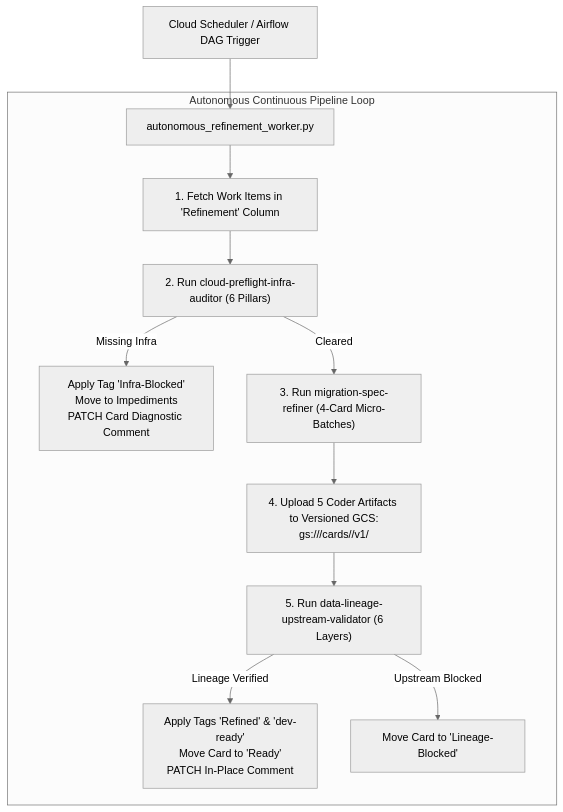
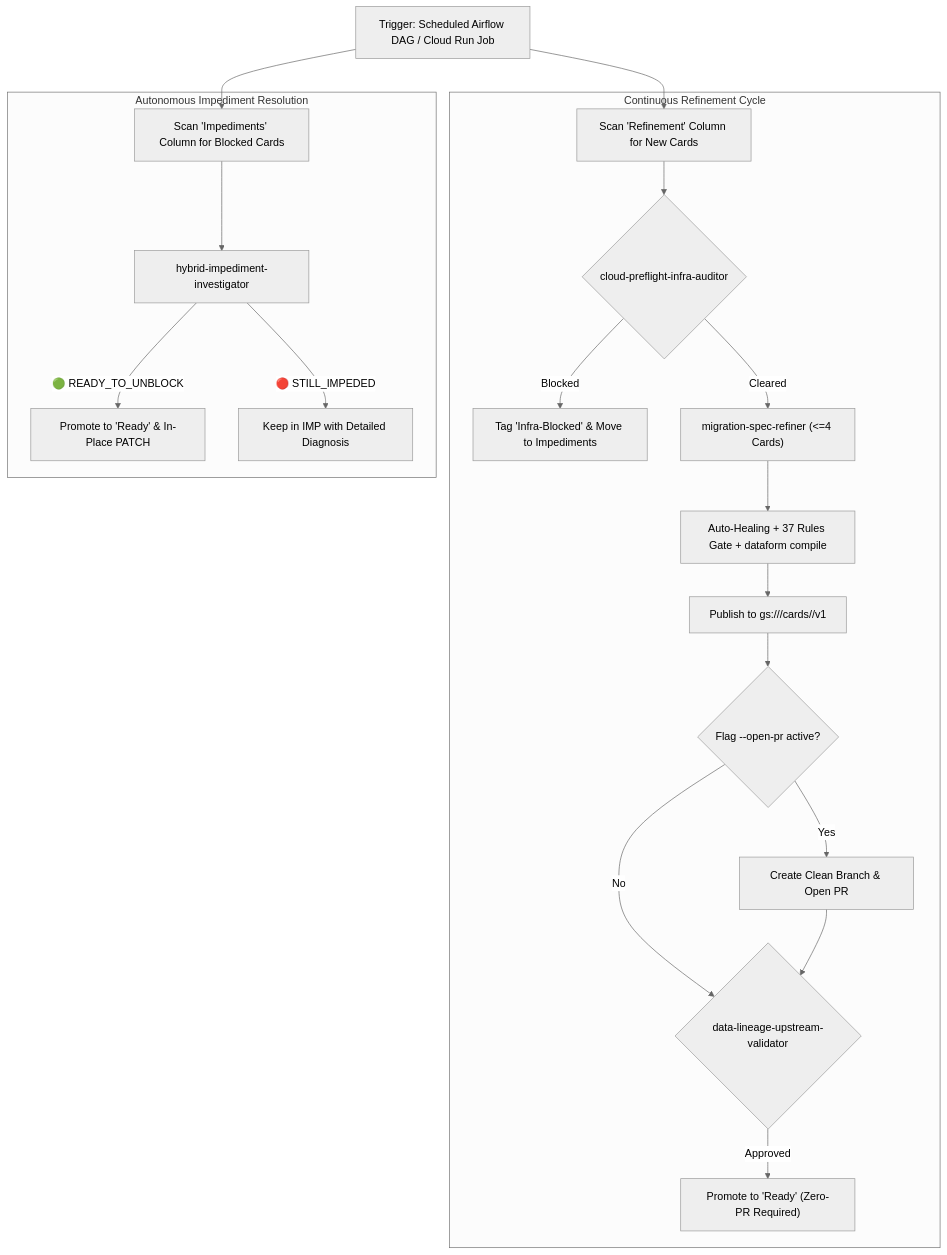
The fourth of 4 diagrams in README.md (mvsimao/agent-skills), drawn with Mermaid (neutral theme) before and after one commit. The commit also changed other lines of this file and 16 other files, not shown here.

````diff
--- a/README.md
+++ b/README.md
@@ -156,18 +182,24 @@
 ```mermaid
 flowchart TD
-    SCHEDULE["Cloud Scheduler / Airflow DAG Trigger"] --> WORKER["autonomous_refinement_worker.py"]
-    
-    subgraph PIPELINE["Autonomous Continuous Pipeline Loop"]
-        WORKER --> FETCH["1. Fetch Work Items in 'Refinement' Column"]
-        FETCH --> AUDIT["2. Run cloud-preflight-infra-auditor (6 Pillars)"]
-        
-        AUDIT -->|Missing Infra| IMP["Apply Tag 'Infra-Blocked'\nMove to Impediments\nPATCH Card Diagnostic Comment"]
-        
-        AUDIT -->|Cleared| REFINE["3. Run migration-spec-refiner (4-Card Micro-Batches)"]
-        REFINE --> GCS["4. Upload 5 Coder Artifacts to Versioned GCS:\ngs://<bucket>/cards/<card_id>/v1/"]
-        
-        GCS --> LINEAGE["5. Run data-lineage-upstream-validator (6 Layers)"]
-        LINEAGE -->|Lineage Verified| READY["Apply Tags 'Refined' & 'dev-ready'\nMove Card to 'Ready'\nPATCH In-Place Comment"]
-        LINEAGE -->|Upstream Blocked| DEP_WAIT["Move Card to 'Lineage-Blocked'"]
+    START["Trigger: Scheduled Airflow DAG / Cloud Run Job"] --> SCAN1["Scan 'Refinement' Column for New Cards"]
+    START --> SCAN2["Scan 'Impediments' Column for Blocked Cards"]
+
+    subgraph REFINE_LOOP["Continuous Refinement Cycle"]
+        SCAN1 --> PF{"cloud-preflight-infra-auditor"}
+        PF -->|Blocked| TAG_IMP["Tag 'Infra-Blocked' & Move to Impediments"]
+        PF -->|Cleared| REF["migration-spec-refiner (<=4 Cards)"]
+        REF --> HEAL_GATE["Auto-Healing + 37 Rules Gate + dataform compile"]
+        HEAL_GATE --> PUB_GCS["Publish to gs://<artifacts-bucket>/cards/<id>/v1"]
+        PUB_GCS --> OPT_PR{"Flag --open-pr active?"}
+        OPT_PR -->|Yes| OPEN_PR["Create Clean Branch & Open PR"]
+        OPT_PR -->|No| LIN_CHECK{"data-lineage-upstream-validator"}
+        OPEN_PR --> LIN_CHECK
+        LIN_CHECK -->|Approved| PROMOTE["Promote to 'Ready' (Zero-PR Required)"]
+    end
+
+    subgraph UNBLOCK_LOOP["Autonomous Impediment Resolution"]
+        SCAN2 --> HYBRID["hybrid-impediment-investigator"]
+        HYBRID -->|🟢 READY_TO_UNBLOCK| PROMOTE2["Promote to 'Ready' & In-Place PATCH"]
+        HYBRID -->|🔴 STILL_IMPEDED| KEEP["Keep in IMP with Detailed Diagnosis"]
     end
 ```
````
